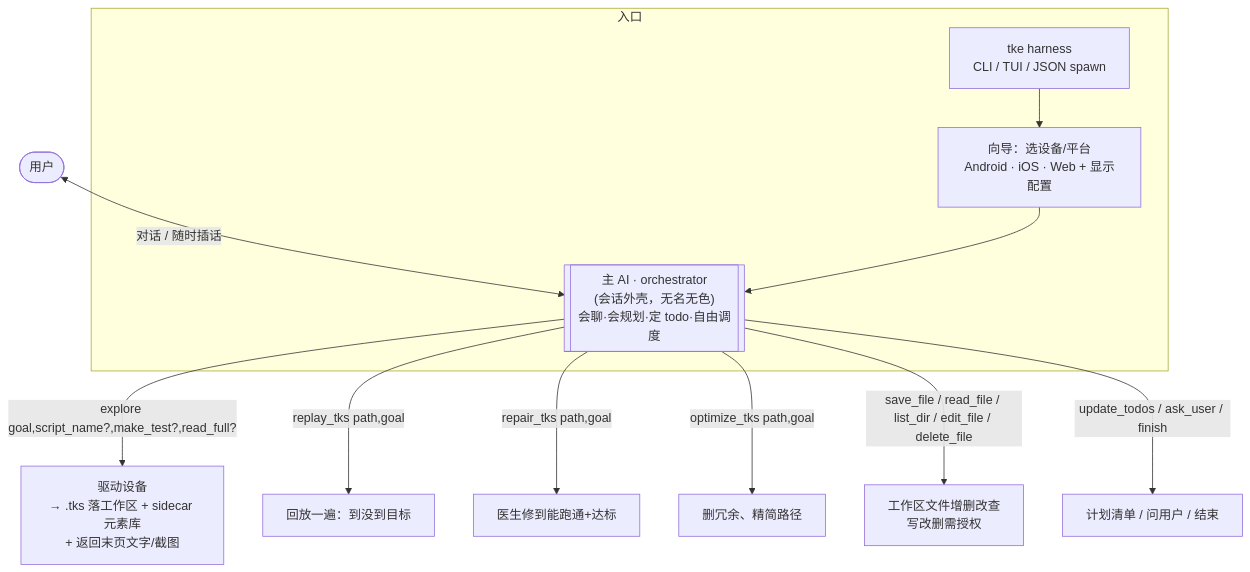
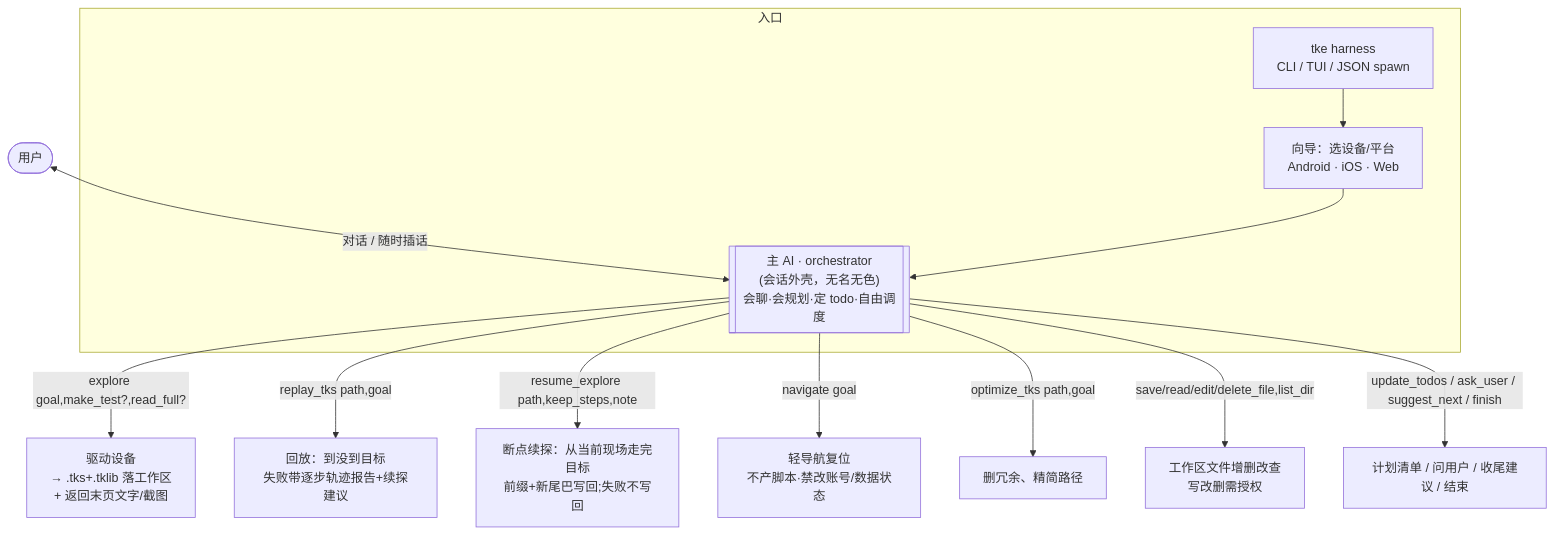
One commit to bwan3150/test-toolkit-studio changed the first of 2 diagrams in bin-proj/toolkit-engine/docs/tke-flow.md. Above: the diagram before and after it, drawn with Mermaid. The commit also changed other lines of this file and 14 other files, not shown here.

````diff
--- a/bin-proj/toolkit-engine/docs/tke-flow.md
+++ b/bin-proj/toolkit-engine/docs/tke-flow.md
@@ -14,16 +15,16 @@
 ```mermaid
 flowchart TD
     U([用户]) <-->|对话 / 随时插话| O
     subgraph 入口
-      E[tke harness<br/>CLI / TUI / JSON spawn] --> W[向导：选设备/平台<br/>Android · iOS · Web + 显示配置]
-      W --> O
+      E[tke harness<br/>CLI / TUI / JSON spawn] --> W[向导：选设备/平台<br/>Android · iOS · Web] --> O
     end
     O[["主 AI · orchestrator<br/>(会话外壳，无名无色)<br/>会聊·会规划·定 todo·自由调度"]]
 
-    O -->|explore goal,script_name?,make_test?,read_full?| EX[驱动设备<br/>→ .tks 落工作区 + sidecar 元素库<br/>+ 返回末页文字/截图]
-    O -->|replay_tks path,goal| RP[回放一遍：到没到目标]
-    O -->|repair_tks path,goal| RE[医生修到能跑通+达标]
+    O -->|explore goal,make_test?,read_full?| EX[驱动设备<br/>→ .tks+.tklib 落工作区<br/>+ 返回末页文字/截图]
+    O -->|replay_tks path,goal| RP[回放：到没到目标<br/>失败带逐步轨迹报告+续探建议]
+    O -->|resume_explore path,keep_steps,note| RE[断点续探：从当前现场走完目标<br/>前缀+新尾巴写回;失败不写回]
+    O -->|navigate goal| NV[轻导航复位<br/>不产脚本·禁改账号/数据状态]
     O -->|optimize_tks path,goal| OP[删冗余、精简路径]
-    O -->|save_file / read_file / list_dir / edit_file / delete_file| FS[工作区文件增删改查<br/>写改删需授权]
-    O -->|update_todos / ask_user / finish| MISC[计划清单 / 问用户 / 结束]
+    O -->|save/read/edit/delete_file,list_dir| FS[工作区文件增删改查<br/>写改删需授权]
+    O -->|update_todos / ask_user / suggest_next / finish| MISC[计划清单 / 问用户 / 收尾建议 / 结束]
 ```
````
